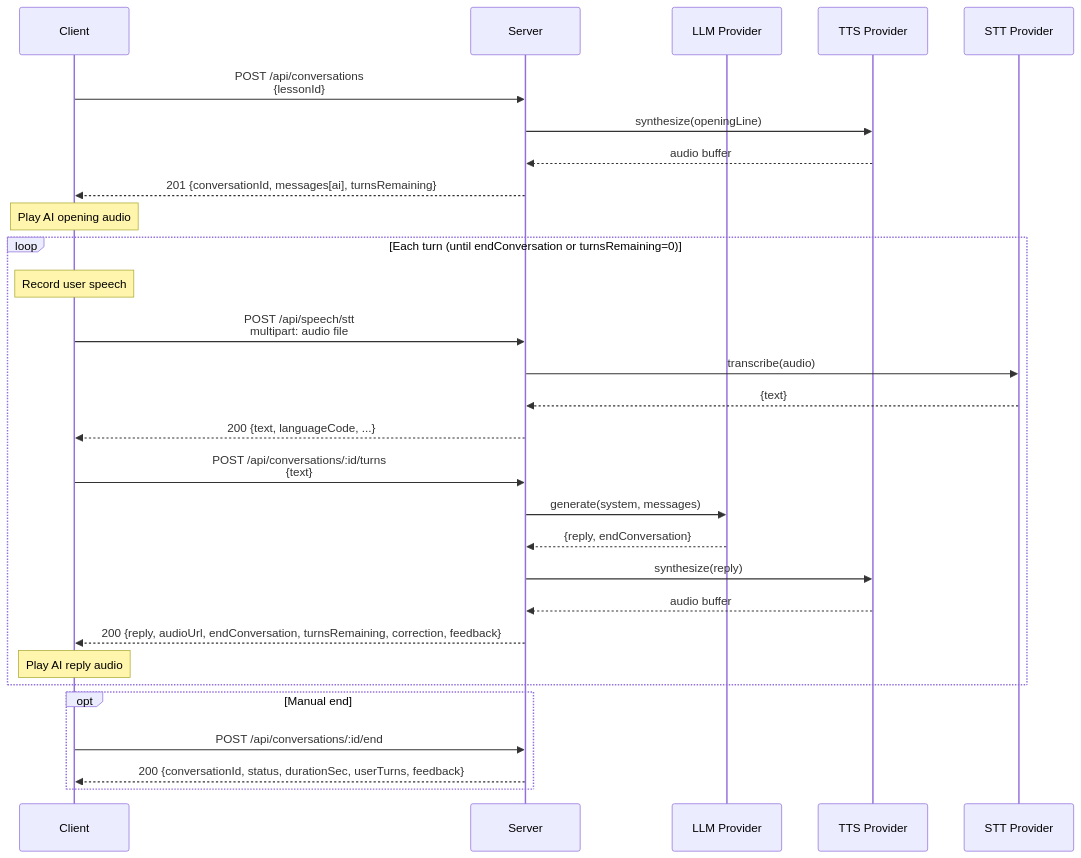
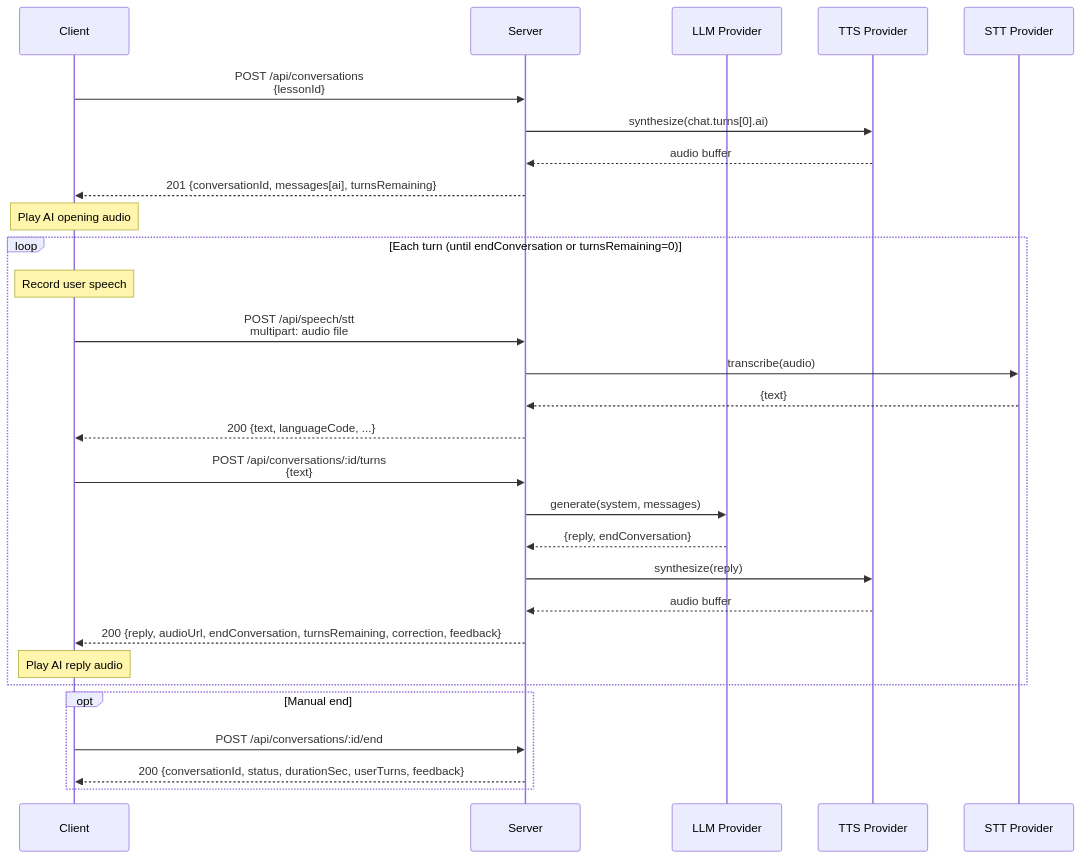
The third of 3 diagrams in docs/API_REFERENCE.md (adnanshakir/zubaan), drawn with Mermaid before and after one commit. The commit also changed other lines of this file and 6 other files, not shown here.

````diff
--- a/docs/API_REFERENCE.md
+++ b/docs/API_REFERENCE.md
@@ -1594,35 +1605,35 @@
 ```mermaid
 sequenceDiagram
     participant C as Client
     participant S as Server
     participant LLM as LLM Provider
     participant TTS as TTS Provider
     participant STT as STT Provider
 
     C->>S: POST /api/conversations<br/>{lessonId}
-    S->>TTS: synthesize(openingLine)
+    S->>TTS: synthesize(chat.turns[0].ai)
     TTS-->>S: audio buffer
     S-->>C: 201 {conversationId, messages[ai], turnsRemaining}
     Note over C: Play AI opening audio
 
     loop Each turn (until endConversation or turnsRemaining=0)
         Note over C: Record user speech
         C->>S: POST /api/speech/stt<br/>multipart: audio file
         S->>STT: transcribe(audio)
         STT-->>S: {text}
         S-->>C: 200 {text, languageCode, ...}
 
         C->>S: POST /api/conversations/:id/turns<br/>{text}
         S->>LLM: generate(system, messages)
         LLM-->>S: {reply, endConversation}
         S->>TTS: synthesize(reply)
         TTS-->>S: audio buffer
         S-->>C: 200 {reply, audioUrl, endConversation, turnsRemaining, correction, feedback}
         Note over C: Play AI reply audio
     end
 
     opt Manual end
         C->>S: POST /api/conversations/:id/end
         S-->>C: 200 {conversationId, status, durationSec, userTurns, feedback}
     end
 ```
````
